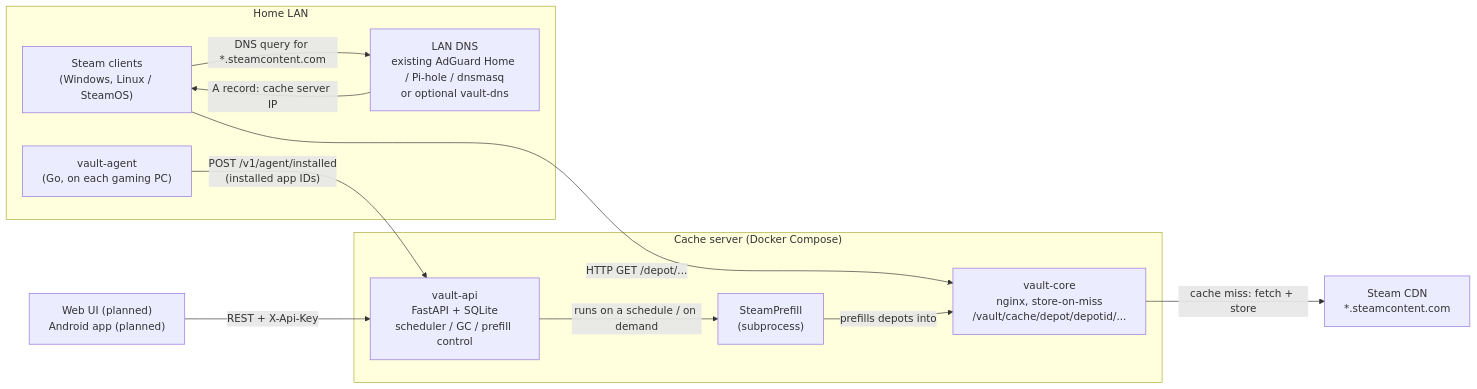
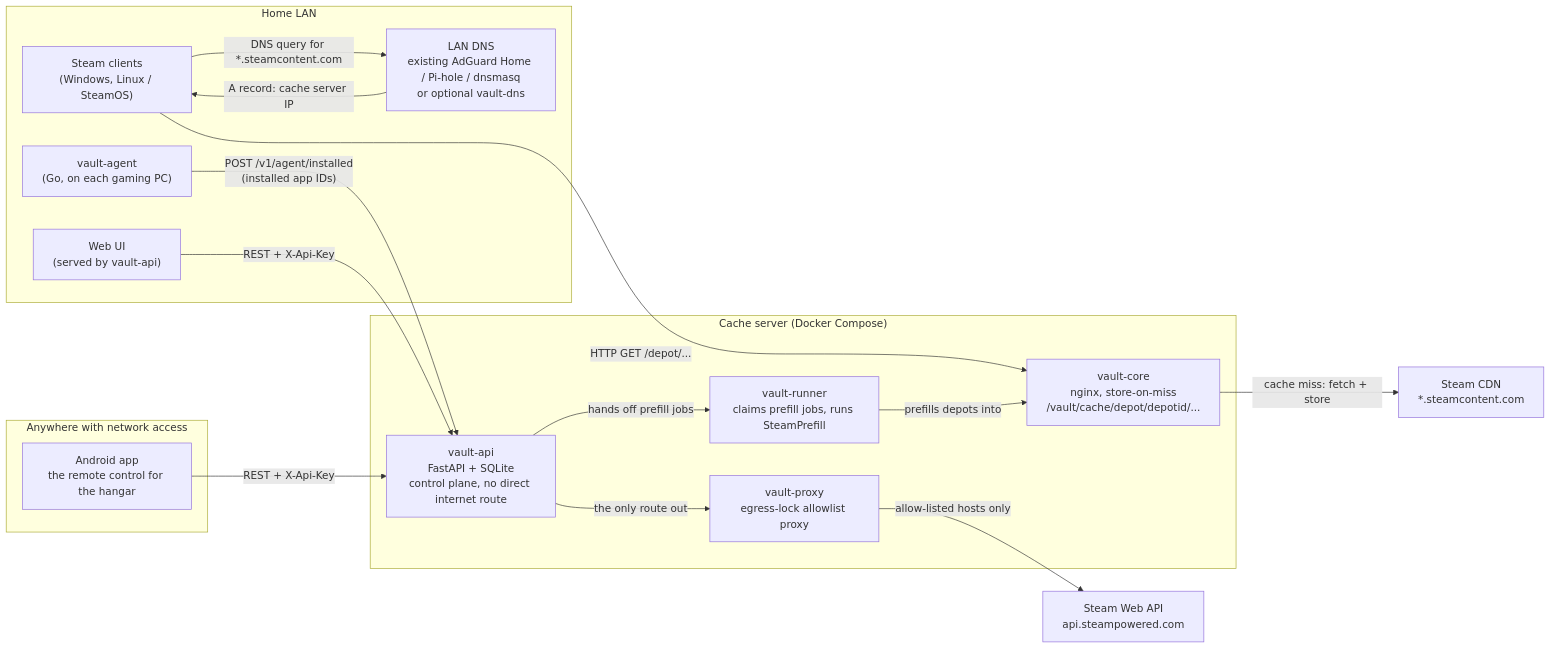
Before and after one commit to Riviera822/steamkeep: the diagram in README.md, drawn with Mermaid. The commit also changed other lines of this file and 1 other file, not shown here.

````diff
--- a/README.md
+++ b/README.md
@@ -35,26 +81,35 @@
 ```mermaid
 flowchart LR
     subgraph lan["Home LAN"]
         client["Steam clients<br/>(Windows, Linux / SteamOS)"]
         agent["vault-agent<br/>(Go, on each gaming PC)"]
         dns["LAN DNS<br/>existing AdGuard Home / Pi-hole / dnsmasq<br/>or optional vault-dns"]
+        webui["Web UI<br/>(served by vault-api)"]
+    end
+
+    subgraph away["Anywhere with network access"]
+        app["Android app<br/>the remote control for the hangar"]
     end
 
     subgraph server["Cache server (Docker Compose)"]
         core["vault-core<br/>nginx, store-on-miss<br/>/vault/cache/depot/depotid/..."]
-        api["vault-api<br/>FastAPI + SQLite<br/>scheduler / GC / prefill control"]
-        prefill["SteamPrefill<br/>(subprocess)"]
+        api["vault-api<br/>FastAPI + SQLite<br/>control plane, no direct internet route"]
+        runner["vault-runner<br/>claims prefill jobs, runs SteamPrefill"]
+        proxy["vault-proxy<br/>egress-lock allowlist proxy"]
     end
 
     cdn["Steam CDN<br/>*.steamcontent.com"]
-    frontends["Web UI (planned)<br/>Android app (planned)"]
+    valve["Steam Web API<br/>api.steampowered.com"]
 
     client -- "DNS query for *.steamcontent.com" --> dns
     dns -- "A record: cache server IP" --> client
     client -- "HTTP GET /depot/..." --> core
     core -- "cache miss: fetch + store" --> cdn
     agent -- "POST /v1/agent/installed<br/>(installed app IDs)" --> api
-    api -- "runs on a schedule / on demand" --> prefill
-    prefill -- "prefills depots into" --> core
-    frontends -- "REST + X-Api-Key" --> api
+    api -- "hands off prefill jobs" --> runner
+    runner -- "prefills depots into" --> core
+    webui -- "REST + X-Api-Key" --> api
+    app -- "REST + X-Api-Key" --> api
+    api -- "the only route out" --> proxy
+    proxy -- "allow-listed hosts only" --> valve
 ```
````
